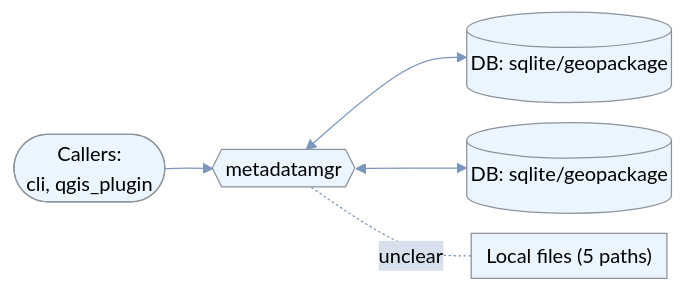
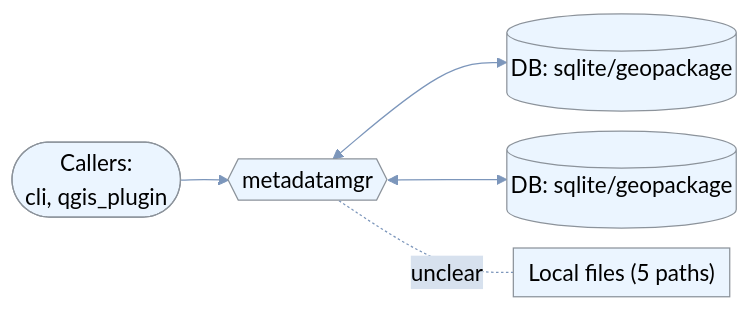
One commit to johnzastrow/Roux7375Testresults changed diagram 18 of 42 in outputs/johnzastrow_Summary.md. Above: the diagram before and after it, drawn with Mermaid. The commit also changed other lines of this file, not shown here.

Commit message:
Use explicit px font size in data flow diagrams

````diff
--- a/outputs/johnzastrow_Summary.md
+++ b/outputs/johnzastrow_Summary.md
@@ -1450,13 +1450,13 @@
 ```mermaid
-%%{init: {"theme":"base","flowchart":{"useMaxWidth":true,"nodeSpacing":16,"rankSpacing":38,"padding":6},"themeVariables":{"background":"#ffffff","primaryColor":"#ebf5ff","primaryTextColor":"#000000","primaryBorderColor":"#8c939b","lineColor":"#7c96bb","secondaryColor":"#d7e1ee","tertiaryColor":"#c3d2e5","fontFamily":"\"Inter\", \"Noto Sans SC\", sans-serif","fontSize":"17","pie1":"#b4413c","pie2":"#d9893b","pie3":"#7c96bb","pie4":"#73A78D","pie5":"#CB9B7A","pie6":"#6B8CAE","pie7":"#c3d2e5","pie8":"#8c939b"}}}%%
+%%{init: {"theme":"base","flowchart":{"useMaxWidth":true,"nodeSpacing":16,"rankSpacing":38,"padding":6},"themeVariables":{"background":"#ffffff","primaryColor":"#ebf5ff","primaryTextColor":"#000000","primaryBorderColor":"#8c939b","lineColor":"#7c96bb","secondaryColor":"#d7e1ee","tertiaryColor":"#c3d2e5","fontFamily":"\"Inter\", \"Noto Sans SC\", sans-serif","fontSize":"18px","pie1":"#b4413c","pie2":"#d9893b","pie3":"#7c96bb","pie4":"#73A78D","pie5":"#CB9B7A","pie6":"#6B8CAE","pie7":"#c3d2e5","pie8":"#8c939b"}}}%%
 flowchart LR
     APP{{"metadatamgr"}}
     U(["Callers:<br>cli, qgis_plugin"]) --> APP
     D1[("DB: sqlite/geopackage")]
     APP <--> D1
     D2[("DB: sqlite/geopackage")]
     APP <--> D2
     F3["Local files (5 paths)"]
     APP -.-|unclear| F3
     classDef ext fill:#fdecea,stroke:#b4413c,stroke-width:2px,color:#000000
 ```
````
